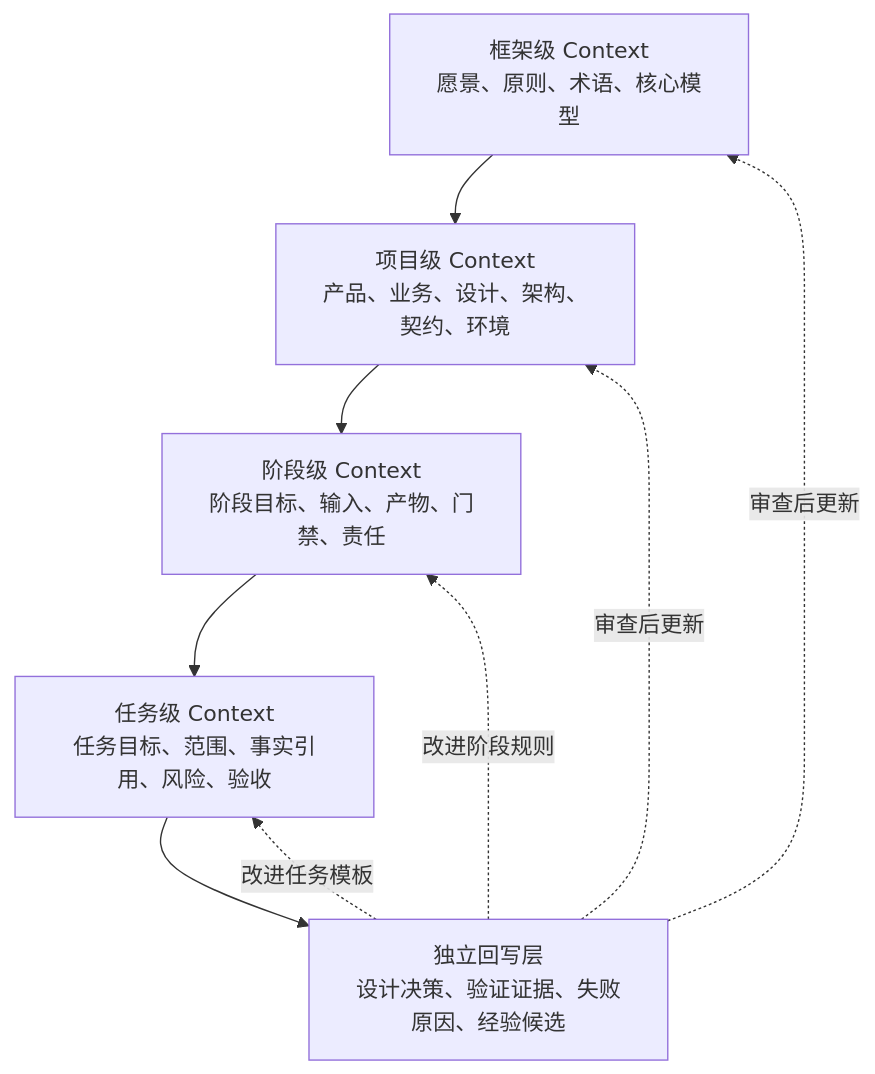
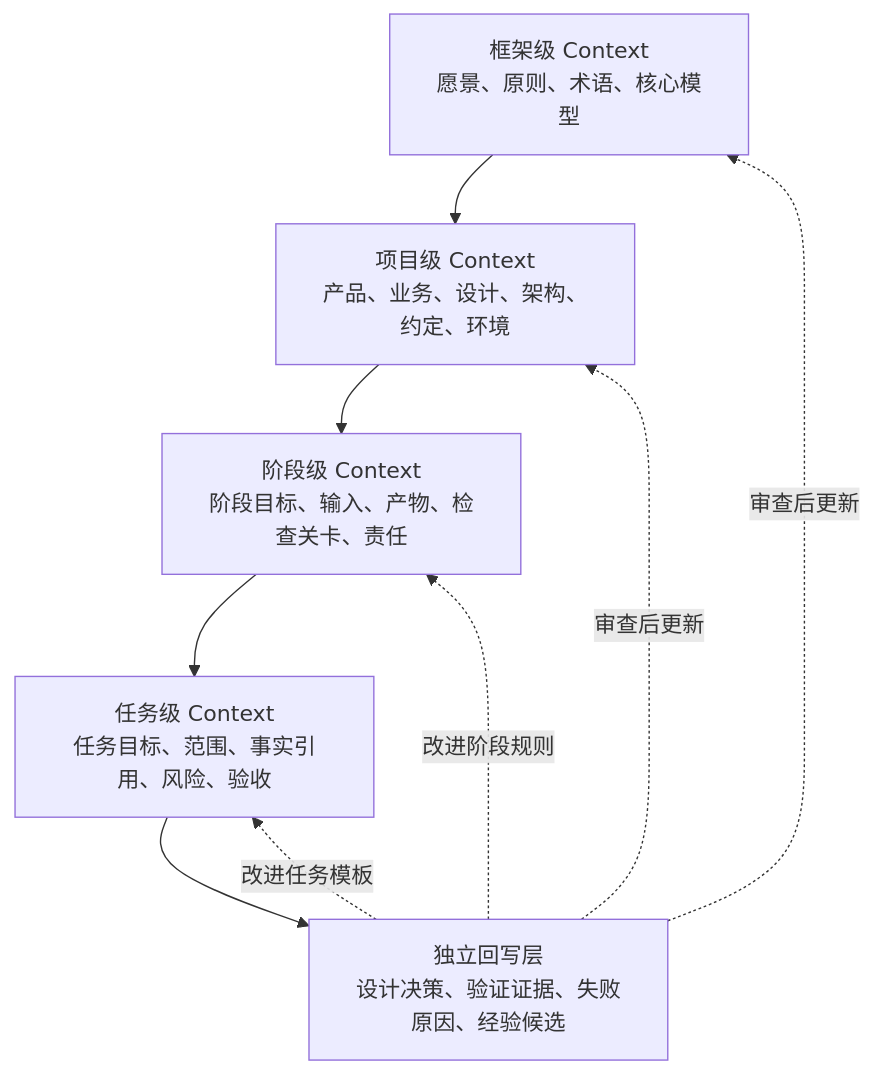
One commit to zhidao-studio/ai-product-engineering-framework changed the first of 2 diagrams in 04_Context工程/Context与记忆管理.md. Above: the diagram before and after it, drawn with Mermaid. The commit also changed other lines of this file, not shown here.

````diff
--- a/04_Context工程/Context与记忆管理.md
+++ b/04_Context工程/Context与记忆管理.md
@@ -19,16 +21,16 @@
 ```mermaid
 flowchart TB
     C1[框架级 Context<br/>愿景、原则、术语、核心模型]
-    C2[项目级 Context<br/>产品、业务、设计、架构、契约、环境]
-    C3[阶段级 Context<br/>阶段目标、输入、产物、门禁、责任]
+    C2[项目级 Context<br/>产品、业务、设计、架构、约定、环境]
+    C3[阶段级 Context<br/>阶段目标、输入、产物、检查关卡、责任]
     C4[任务级 Context<br/>任务目标、范围、事实引用、风险、验收]
 
     C1 --> C2 --> C3 --> C4
 
     M[独立回写层<br/>设计决策、验证证据、失败原因、经验候选]
     C4 --> M
     M -.审查后更新.-> C1
     M -.审查后更新.-> C2
     M -.改进阶段规则.-> C3
     M -.改进任务模板.-> C4
 ```
````
